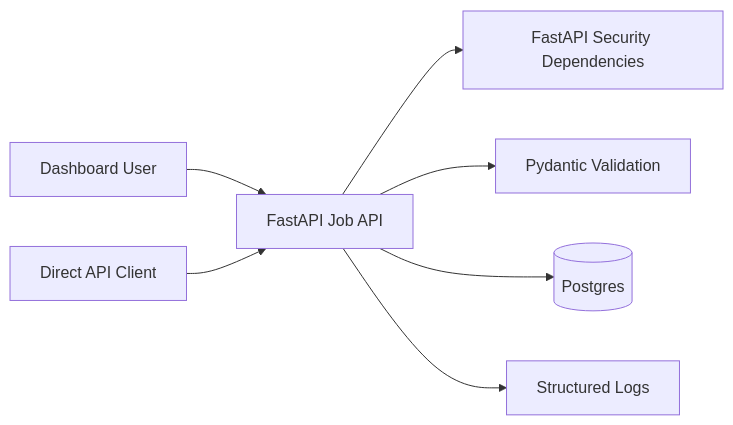
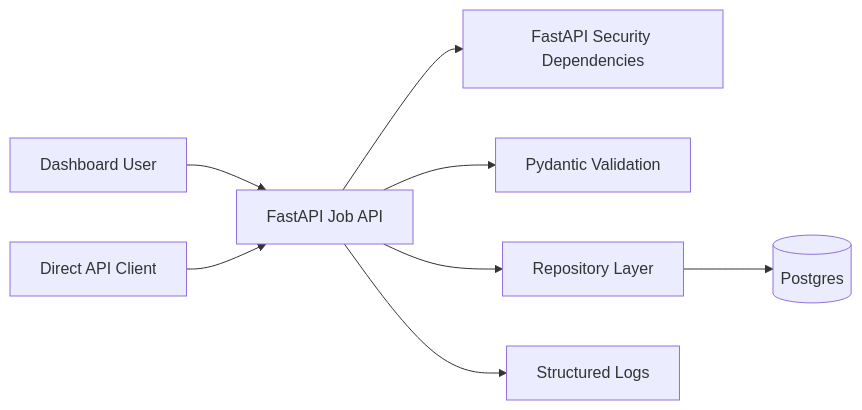
Before and after one commit to kamaldeep-backup/reach-assignment: the first of 2 diagrams in docs/CRUD_SERVER.md, drawn with Mermaid. The commit also changed other lines of this file and 1 other file, not shown here.

Commit message:
feat(docs): added repository layer

````diff
--- a/docs/CRUD_SERVER.md
+++ b/docs/CRUD_SERVER.md
@@ -33,9 +33,10 @@
 ```mermaid
 flowchart LR
   Dashboard[Dashboard User] --> API[FastAPI Job API]
   DirectClient[Direct API Client] --> API
   API --> Auth[FastAPI Security Dependencies]
   API --> Validation[Pydantic Validation]
-  API --> DB[(Postgres)]
+  API --> Repositories[Repository Layer]
+  Repositories --> DB[(Postgres)]
   API --> Logs[Structured Logs]
 ```
````
